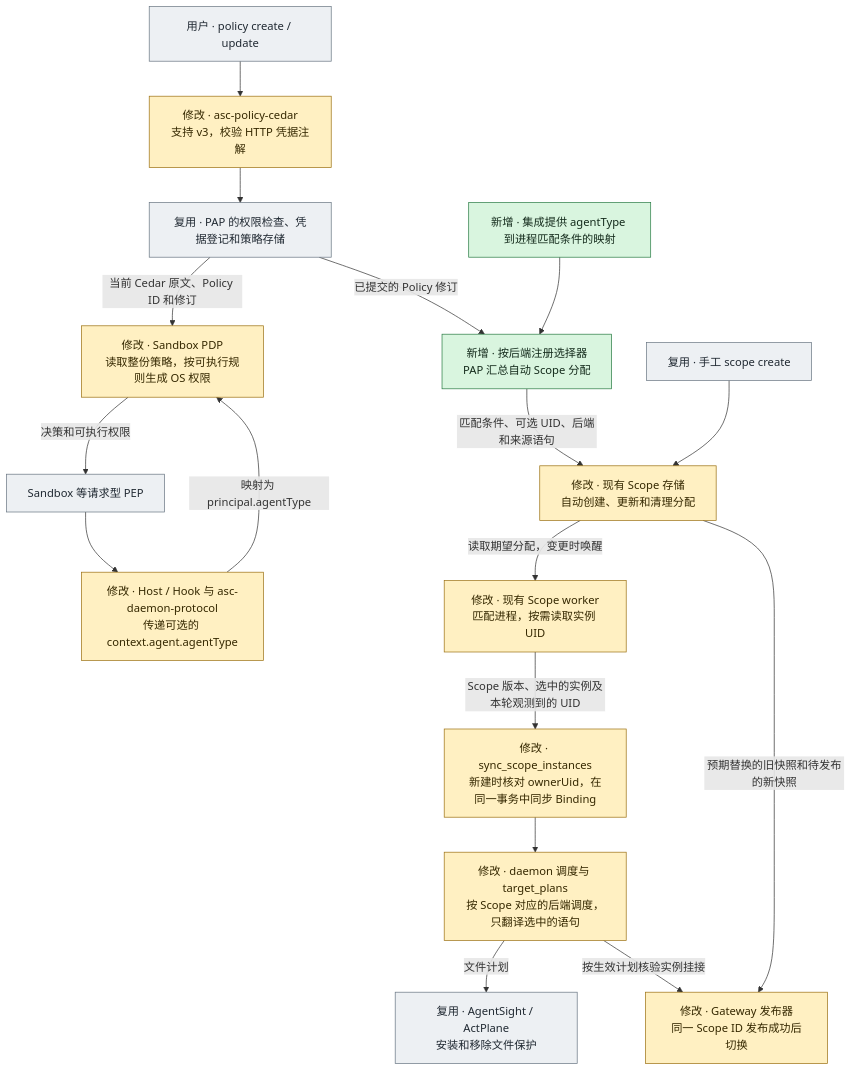
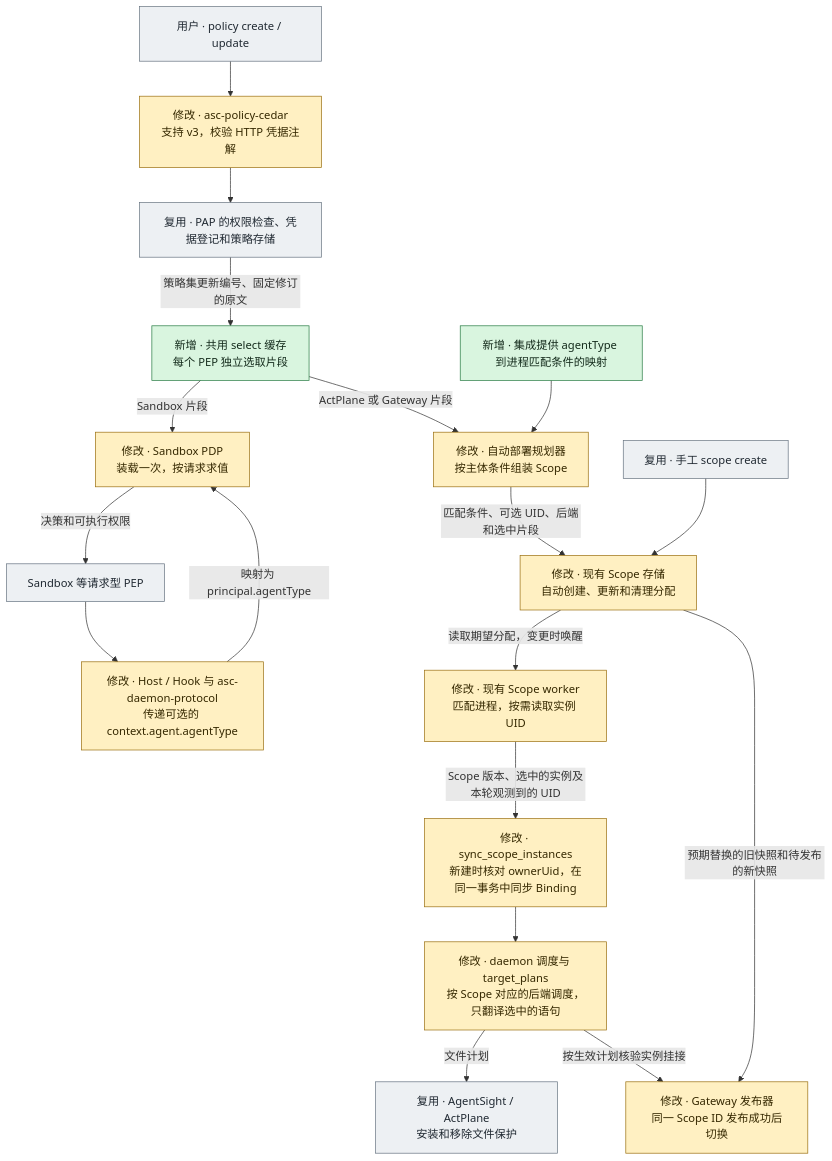
Before and after one commit to agentic-os-org/ANOLISA: the diagram in src/agent-sec-core/docs/design/CEDAR_PRINCIPAL_POLICY_DEPLOYMENT_zh.md, drawn with Mermaid. The commit also changed other lines of this file and 45 other files, not shown here.

First line of the commit message:
feat(sec-core): select Cedar fragments per PEP

````diff
--- a/src/agent-sec-core/docs/design/CEDAR_PRINCIPAL_POLICY_DEPLOYMENT_zh.md
+++ b/src/agent-sec-core/docs/design/CEDAR_PRINCIPAL_POLICY_DEPLOYMENT_zh.md
@@ -76,25 +78,26 @@
 ```mermaid
 flowchart TB
     U["用户 · policy create / update"] --> V["修改 · asc-policy-cedar<br/>支持 v3，校验 HTTP 凭据注解"]
     V --> P["复用 · PAP 的权限检查、凭据登记和策略存储"]
-    P -->|"当前 Cedar 原文、Policy ID 和修订"| D["修改 · Sandbox PDP<br/>读取整份策略，按可执行规则生成 OS 权限"]
+    P -->|"策略集更新编号、固定修订的原文"| K["新增 · 共用 select 缓存<br/>每个 PEP 独立选取片段"]
+    K -->|"Sandbox 片段"| D["修改 · Sandbox PDP<br/>装载一次，按请求求值"]
     S["Sandbox 等请求型 PEP"] --> T["修改 · Host / Hook 与 asc-daemon-protocol<br/>传递可选的 context.agent.agentType"]
     T -->|"映射为 principal.agentType"| D
     D -->|"决策和可执行权限"| S
-    P -->|"已提交的 Policy 修订"| L["新增 · 按后端注册选择器<br/>PAP 汇总自动 Scope 分配"]
+    K -->|"ActPlane 或 Gateway 片段"| L["修改 · 自动部署规划器<br/>按主体条件组装 Scope"]
     M["新增 · 集成提供 agentType 到进程匹配条件的映射"] --> L
-    L -->|"匹配条件、可选 UID、后端和来源语句"| A["修改 · 现有 Scope 存储<br/>自动创建、更新和清理分配"]
+    L -->|"匹配条件、可选 UID、后端和选中片段"| A["修改 · 现有 Scope 存储<br/>自动创建、更新和清理分配"]
     H["复用 · 手工 scope create"] --> A
     A -->|"读取期望分配，变更时唤醒"| F["修改 · 现有 Scope worker<br/>匹配进程，按需读取实例 UID"]
     F -->|"Scope 版本、选中的实例及本轮观测到的 UID"| B["修改 · sync_scope_instances<br/>新建时核对 ownerUid，在同一事务中同步 Binding"]
     B --> C["修改 · daemon 调度与 target_plans<br/>按 Scope 对应的后端调度，只翻译选中的语句"]
     C -->|"文件计划"| X["复用 · AgentSight / ActPlane<br/>安装和移除文件保护"]
     A -->|"预期替换的旧快照和待发布的新快照"| G["修改 · Gateway 发布器<br/>同一 Scope ID 发布成功后切换"]
     C -->|"按生效计划核验实例挂接"| G
     classDef added fill:#d9f5df,stroke:#287b43,color:#142b1c
     classDef changed fill:#fff0c2,stroke:#9b7012,color:#352800
     classDef reused fill:#edf0f3,stroke:#687582,color:#202932
-    class L,M added
-    class V,D,T,A,F,B,C,G changed
+    class K,M added
+    class V,D,T,L,A,F,B,C,G changed
     class U,P,S,H,X reused
 ```
````
